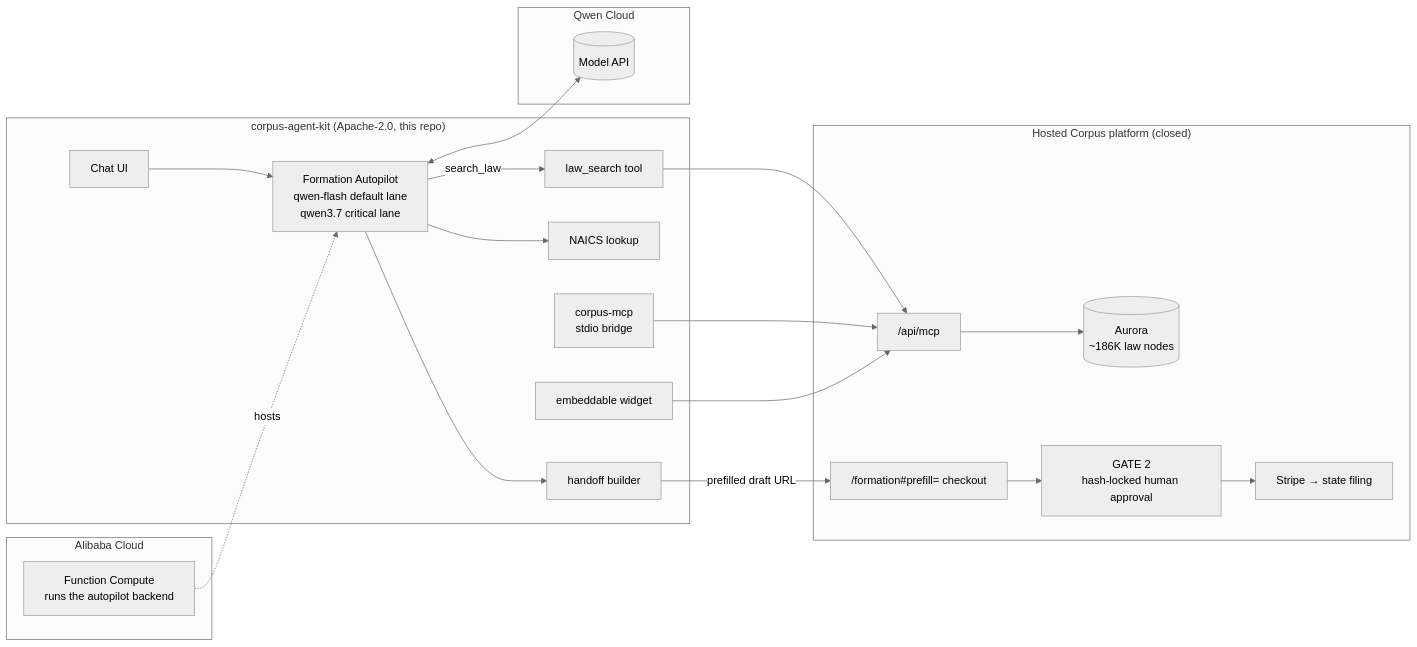
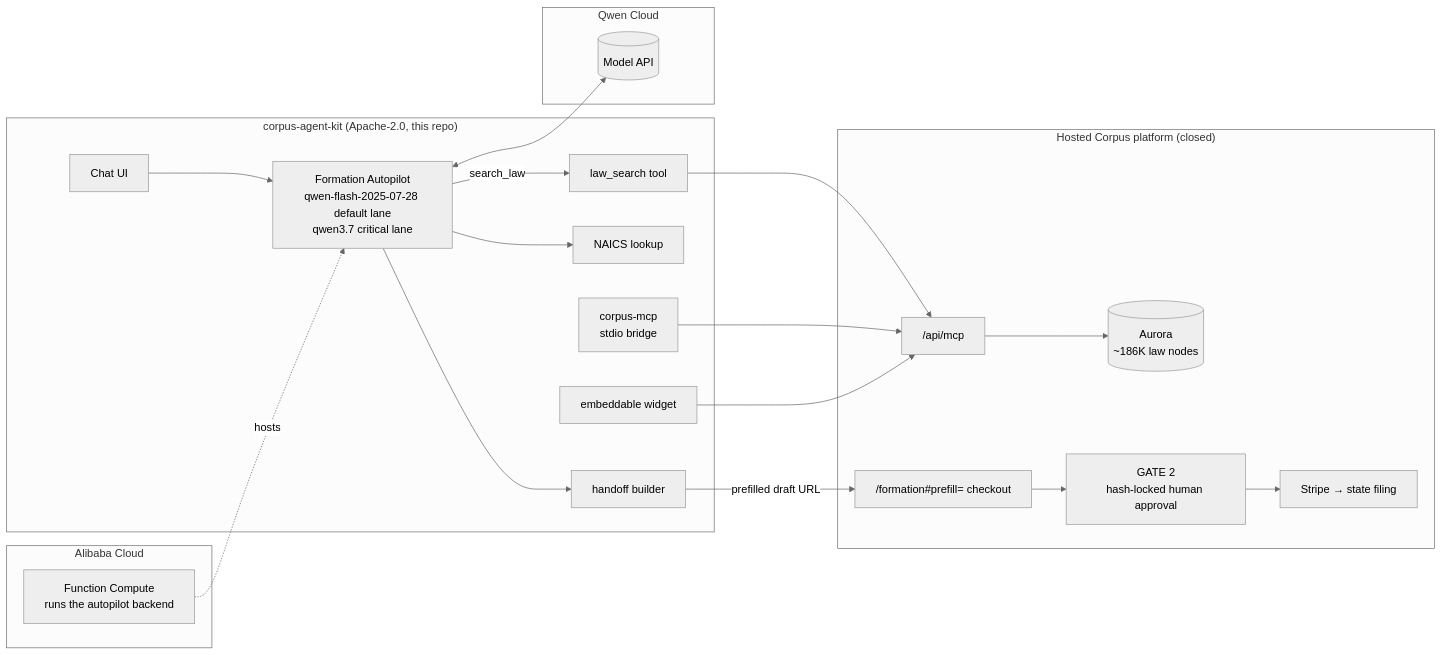
Before and after one commit to teakesdev/corpus-agent-kit: the diagram in docs/architecture.md, drawn with Mermaid (neutral theme). The commit also changed 5 other files, not shown here.

First line of the commit message:
chore: pin qwen-flash to dated snapshot (alias retirement)

````diff
--- a/docs/architecture.md
+++ b/docs/architecture.md
@@ -11,28 +11,28 @@
 ```mermaid
 flowchart LR
   subgraph OPEN["corpus-agent-kit (Apache-2.0, this repo)"]
-    UI[Chat UI] --> A[Formation Autopilot<br/>qwen-flash default lane<br/>qwen3.7 critical lane]
+    UI[Chat UI] --> A[Formation Autopilot<br/>qwen-flash-2025-07-28 default lane<br/>qwen3.7 critical lane]
     A -->|search_law| MCPC[law_search tool]
     A --> N[NAICS lookup]
     A --> H[handoff builder]
     B[corpus-mcp<br/>stdio bridge]
     W[embeddable widget]
   end
   subgraph QC["Qwen Cloud"]
     Q[(Model API)]
   end
   subgraph ALI["Alibaba Cloud"]
     FC[Function Compute<br/>runs the autopilot backend]
   end
   subgraph CLOSED["Hosted Corpus platform (closed)"]
     MCP["/api/mcp"] --> DB[(Aurora<br/>~186K law nodes)]
     F["/formation#prefill= checkout"] --> G[GATE 2<br/>hash-locked human approval]
     G --> FILE[Stripe → state filing]
   end
   A <--> Q
   FC -.hosts.-> A
   MCPC --> MCP
   B --> MCP
   W --> MCP
   H -->|prefilled draft URL| F
 ```
````
